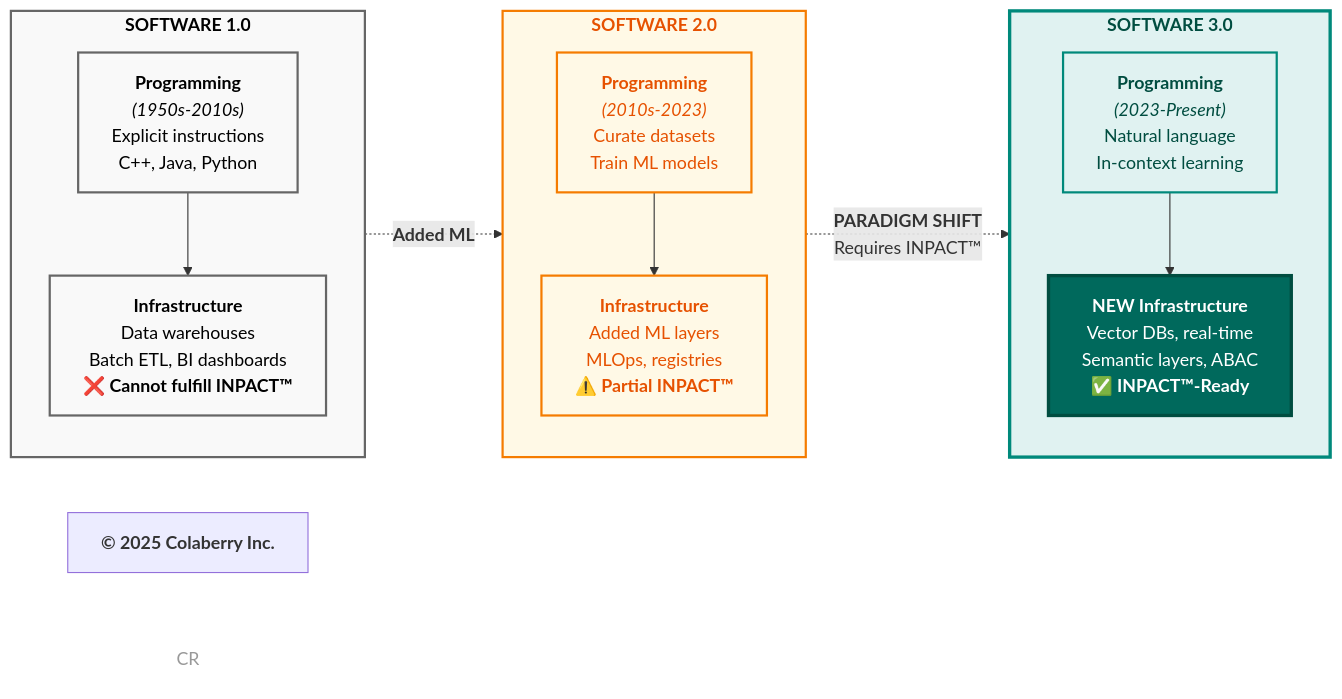
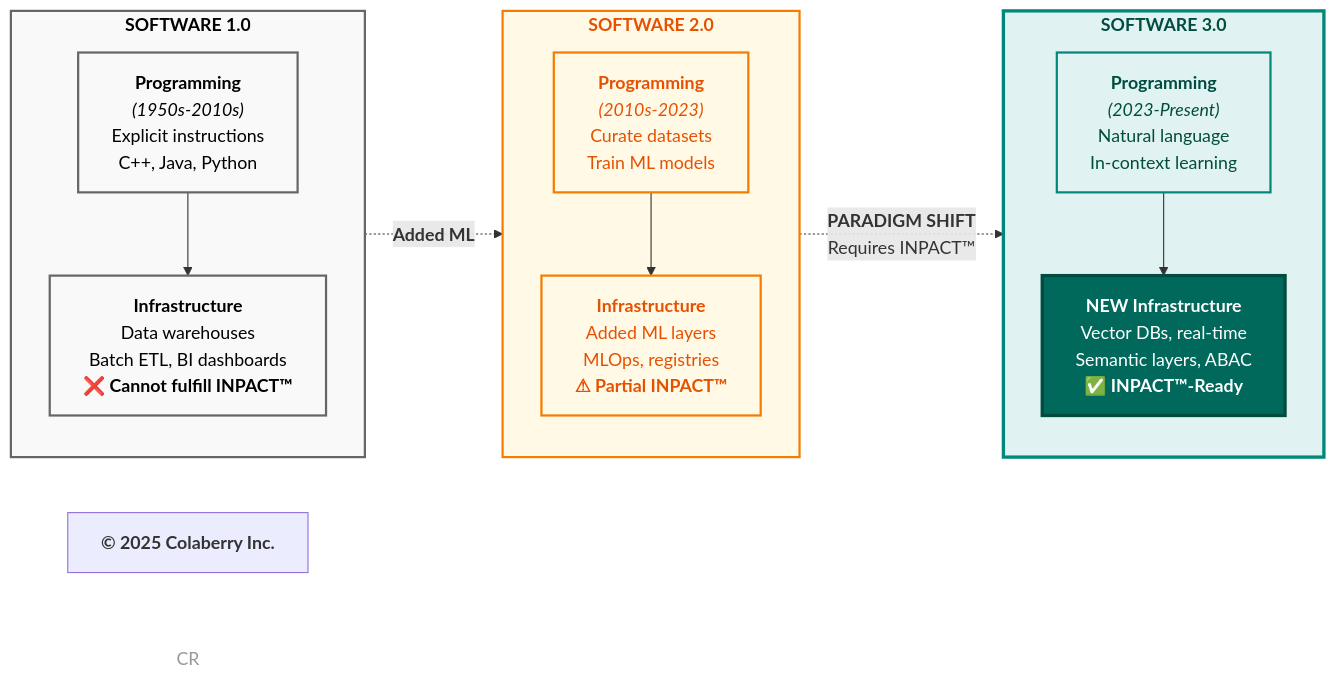
Before and after one commit to saitejesh-cyber/trust-before-intelligence-book: the third of 6 diagrams in manuscript/chapter_1_why_agents_fail_v3_1.md, drawn with Mermaid. The commit also changed other lines of this file and 52 other files, not shown here.

````diff
--- a/manuscript/chapter_1_why_agents_fail_v3_1.md
+++ b/manuscript/chapter_1_why_agents_fail_v3_1.md
@@ -435,39 +437,39 @@
 ```mermaid
 graph LR
     subgraph sw1["<b>SOFTWARE 1.0</b>"]
         direction TB
         prog1["<b>Programming</b><br/><i>(1950s-2010s)</i><br/>Explicit instructions<br/>C++, Java, Python"]
         infra1["<b>Infrastructure</b><br/>Data warehouses<br/>Batch ETL, BI dashboards<br/><b>❌ Cannot fulfill INPACT™</b>"]
         prog1 --> infra1
     end
 
     subgraph sw2["<b>SOFTWARE 2.0</b>"]
         direction TB
         prog2["<b>Programming</b><br/><i>(2010s-2023)</i><br/>Curate datasets<br/>Train ML models"]
-        infra2["<b>Infrastructure</b><br/>Added ML layers<br/>MLOps, registries<br/><b>⚠️ Partial INPACT™</b>"]
+        infra2["<b>Infrastructure</b><br/>Added ML layers<br/>MLOps, registries<br/><b>⚠ Partial INPACT™</b>"]
         prog2 --> infra2
     end
 
     subgraph sw3["<b>SOFTWARE 3.0</b>"]
         direction TB
         prog3["<b>Programming</b><br/><i>(2023-Present)</i><br/>Natural language<br/>In-context learning"]
         infra3["<b>NEW Infrastructure</b><br/>Vector DBs, real-time<br/>Semantic layers, ABAC<br/><b>✅ INPACT™-Ready</b>"]
         prog3 --> infra3
     end
 
     sw1 -.->|"<b>Added ML</b>"| sw2
     sw2 -.->|"<b>PARADIGM SHIFT</b><br/>Requires INPACT™"| sw3
 
     style sw1 fill:#f9f9f9,stroke:#666666,stroke-width:2px,color:#000000
     style sw2 fill:#fff9e6,stroke:#f57c00,stroke-width:2px,color:#e65100
     style sw3 fill:#e0f2f1,stroke:#00897b,stroke-width:3px,color:#004d40
     style prog1 fill:#f9f9f9,stroke:#666666,stroke-width:2px,color:#000000
     style infra1 fill:#f9f9f9,stroke:#666666,stroke-width:2px,color:#000000
     style prog2 fill:#fff9e6,stroke:#f57c00,stroke-width:2px,color:#e65100
     style infra2 fill:#fff9e6,stroke:#f57c00,stroke-width:2px,color:#e65100
     style prog3 fill:#e0f2f1,stroke:#00897b,stroke-width:2px,color:#004d40
     style infra3 fill:#00695c,color:#ffffff,stroke:#004d40,stroke-width:3px
 
     Copyright["<b>© 2025 Colaberry Inc.</b>"]
     style CR fill:none,stroke:none,color:#999999
 ```
````
